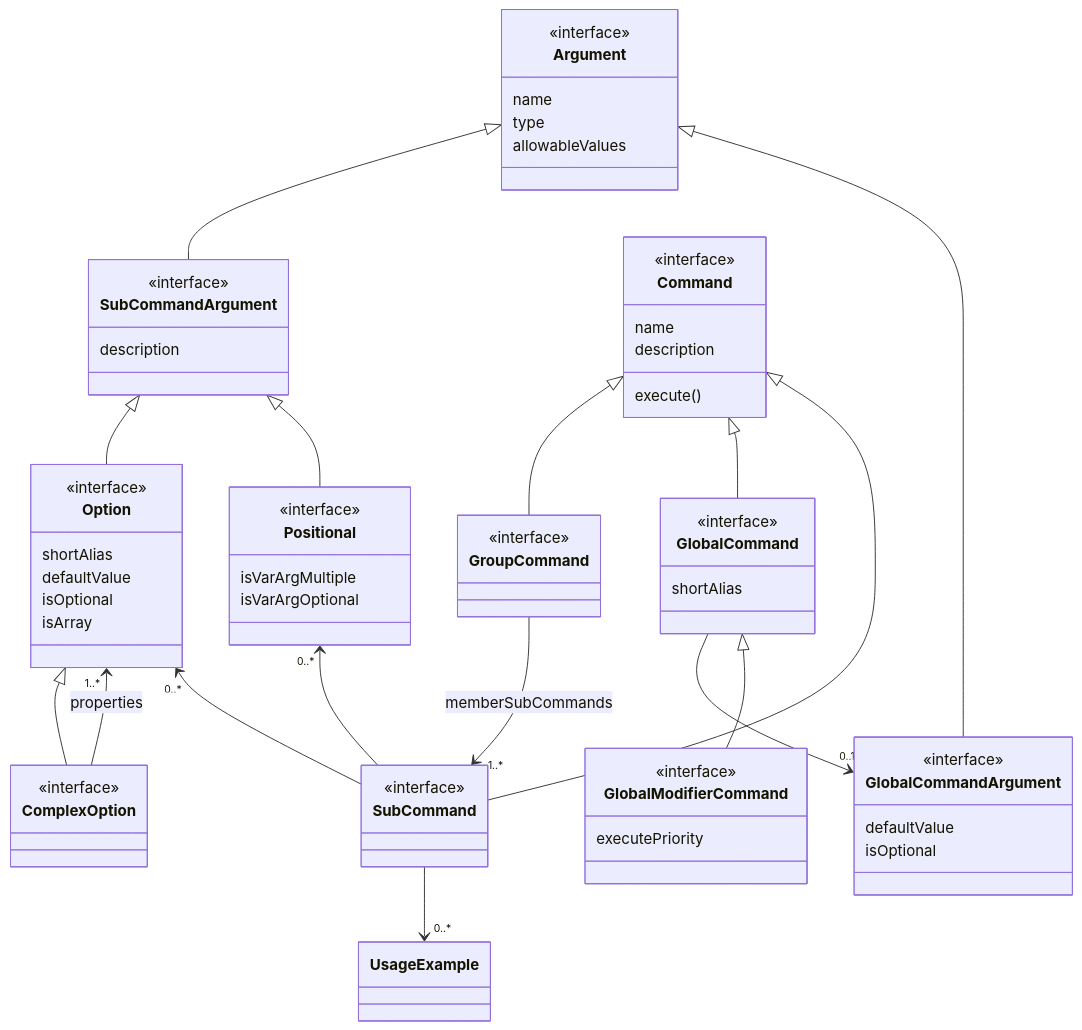
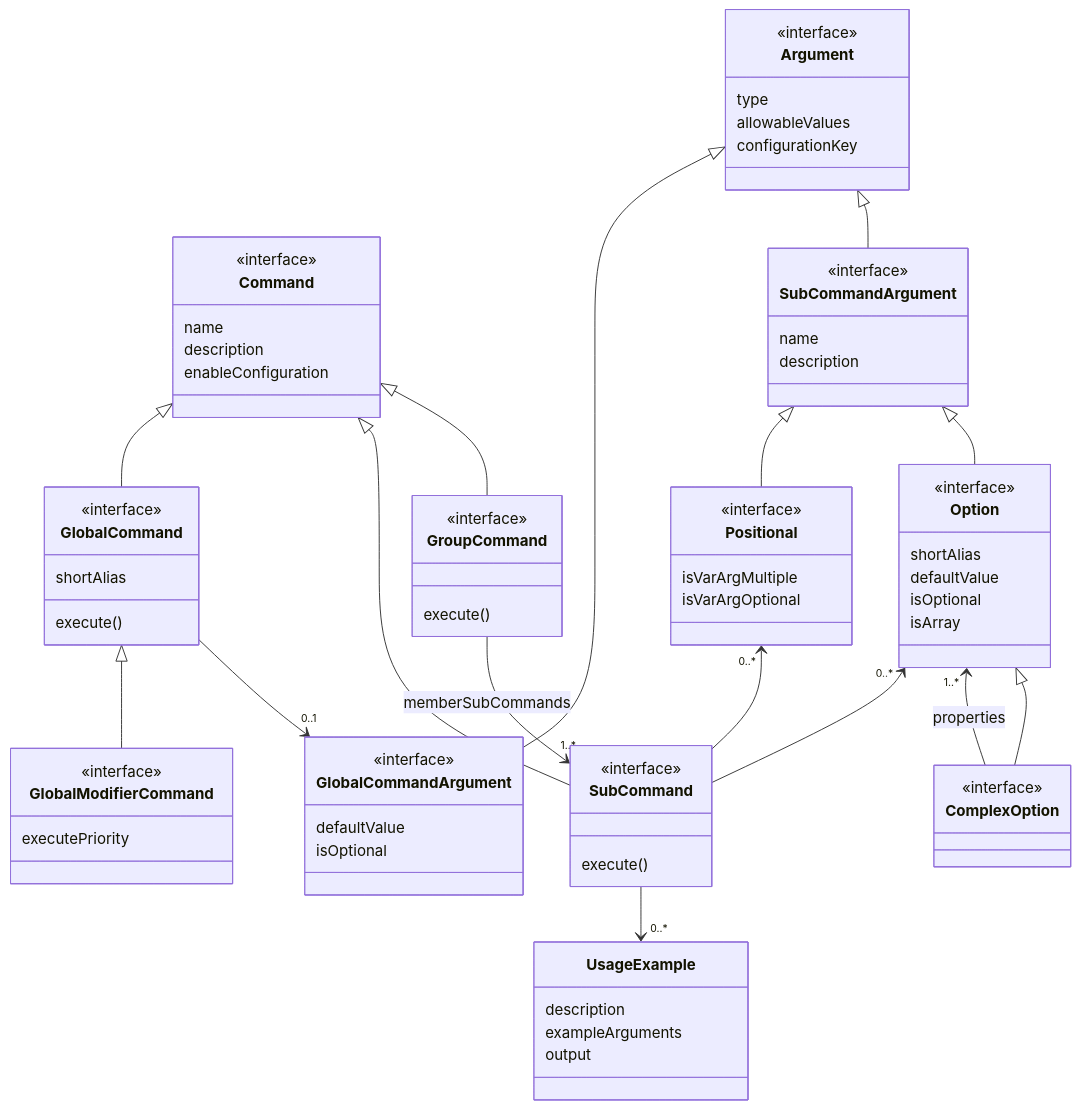
Before and after one commit to flowscripter/dynamic-cli-framework: the second of 4 diagrams in README.md, drawn with Mermaid. The commit also changed other lines of this file and 156 other files, not shown here.

````diff
--- a/README.md
+++ b/README.md
@@ -178,13 +195,42 @@
 ```mermaid
 classDiagram
+    class Command {
+        <<interface>>
+        name
+        description
+        enableConfiguration
+    }
+
+    class SubCommand {
+        <<interface>>
+        execute()
+    }
+
+    class GroupCommand {
+        <<interface>>
+        execute()
+    }
+
+    class GlobalCommand {
+        <<interface>>
+        shortAlias
+        execute()
+    }
+
+    class GlobalModifierCommand {
+        <<interface>>
+        executePriority
+    }
+
     class Argument {
         <<interface>>
-        name
         type
         allowableValues
+        configurationKey
     }
 
     class SubCommandArgument {
+        name
         description
         <<interface>>
     }
@@ -213,36 +259,10 @@
         isOptional
     }
 
-    class GroupCommand {
-        <<interface>>
-    }
-
-    class SubCommand {
-        <<interface>>
-    }
-
-    class GlobalCommand {
-        <<interface>>
-        shortAlias
-    }
-
-    class GroupCommand {
-        <<interface>>
-    }
-
-    class Command {
-        <<interface>>
-        name
+    class UsageExample {
         description
-        execute()
-    }
-
-    class GlobalModifierCommand {
-        <<interface>>
-        executePriority
-    }
-
-    class UsageExample {
+        exampleArguments
+        output
     }
 
     Argument <|-- SubCommandArgument
@@ -263,15 +283,15 @@
 
     Positional "0..*" <-- SubCommand
 
-    Command <|-- GlobalCommand 
+    GlobalCommand --> "0..1" GlobalCommandArgument
     
     Command <|-- SubCommand 
     
+    GlobalCommand <|-- GlobalModifierCommand 
+
+    Command <|-- GlobalCommand 
+    
     GroupCommand --> "1..*" SubCommand : memberSubCommands  
-    
-    GlobalCommand --> "0..1" GlobalCommandArgument
-
-    GlobalCommand <|-- GlobalModifierCommand 
     
     SubCommand --> "0..*" UsageExample
 ```
````
